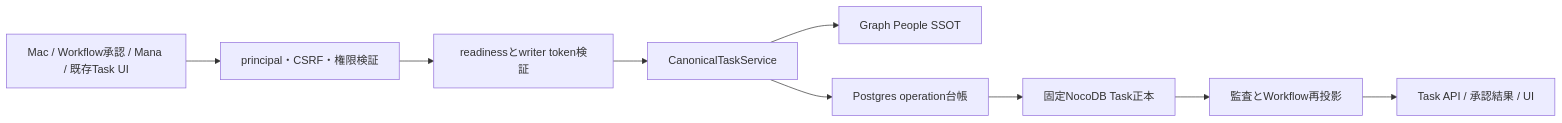
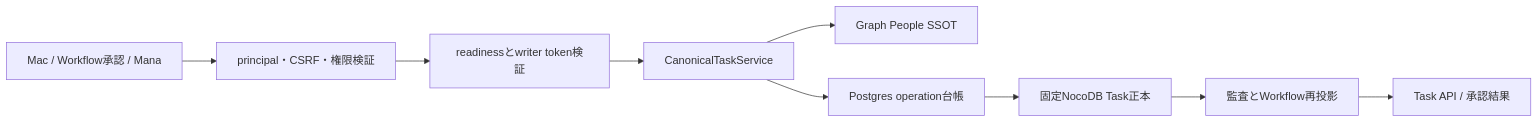
The third of 4 diagrams in docs/specs/story-companion-canonical-task-provider-spec.md (Unson-LLC/brainbase), drawn with Mermaid before and after one commit. The commit also changed other lines of this file and 18 other files, not shown here.

Commit message:
refactor(canonical-task): retire Mac readiness evidence

````diff
--- a/docs/specs/story-companion-canonical-task-provider-spec.md
+++ b/docs/specs/story-companion-canonical-task-provider-spec.md
@@ -153,11 +156,11 @@
 ```mermaid
 flowchart LR
-  Inputs["Mac / Workflow承認 / Mana / 既存Task UI"] --> Auth["principal・CSRF・権限検証"]
+  Inputs["Mac / Workflow承認 / Mana"] --> Auth["principal・CSRF・権限検証"]
   Auth --> Ready["readinessとwriter token検証"]
   Ready --> Service["CanonicalTaskService"]
   Service --> People["Graph People SSOT"]
   Service --> Ledger["Postgres operation台帳"]
   Ledger --> Store["固定NocoDB Task正本"]
   Store --> Audit["監査とWorkflow再投影"]
-  Audit --> Outputs["Task API / 承認結果 / UI"]
+  Audit --> Outputs["Task API / 承認結果"]
 ```
````
